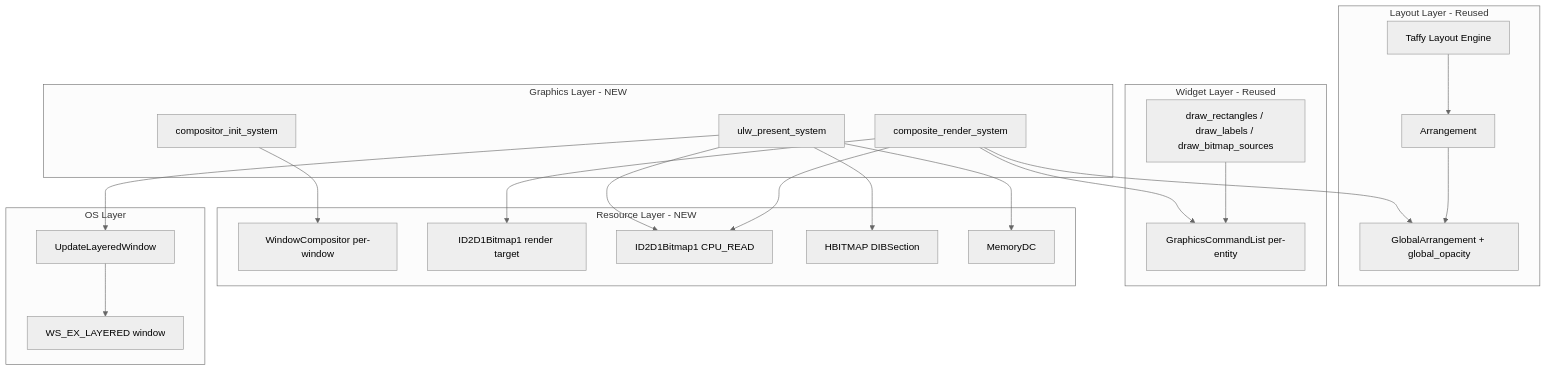
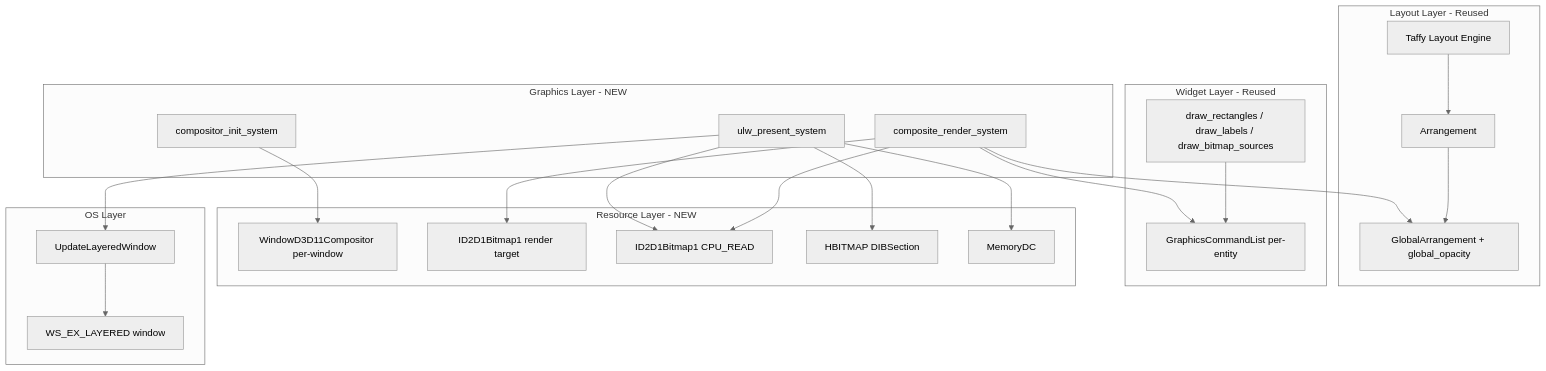
Before and after one commit to ekicyou/areka: the first of 6 diagrams in .kiro/specs/wintf-dcomp-to-layered-migration/design.md, drawn with Mermaid (neutral theme). The commit also changed other lines of this file and 1 other file, not shown here.

````diff
--- a/.kiro/specs/wintf-dcomp-to-layered-migration/design.md
+++ b/.kiro/specs/wintf-dcomp-to-layered-migration/design.md
@@ -63,47 +63,47 @@
 ```mermaid
 graph TB
     subgraph Layout Layer - Reused
         Arrangement[Arrangement]
         GlobalArrangement[GlobalArrangement + global_opacity]
         TaffyLayout[Taffy Layout Engine]
     end
 
     subgraph Widget Layer - Reused
         WidgetSystems[draw_rectangles / draw_labels / draw_bitmap_sources]
         GraphicsCommandList[GraphicsCommandList per-entity]
     end
 
     subgraph Graphics Layer - NEW
         CompositorInit[compositor_init_system]
         CompositeRender[composite_render_system]
         ULWPresent[ulw_present_system]
     end
 
     subgraph Resource Layer - NEW
-        WindowCompositor[WindowCompositor per-window]
+        WindowD3D11Compositor[WindowD3D11Compositor per-window]
         CompositionBitmap[ID2D1Bitmap1 render target]
         StagingBitmap[ID2D1Bitmap1 CPU_READ]
         HBITMAP_DIB[HBITMAP DIBSection]
         MemoryDC[MemoryDC]
     end
 
     subgraph OS Layer
         ULW[UpdateLayeredWindow]
         WS_EX_LAYERED[WS_EX_LAYERED window]
     end
 
     TaffyLayout --> Arrangement
     Arrangement --> GlobalArrangement
     WidgetSystems --> GraphicsCommandList
 
-    CompositorInit --> WindowCompositor
+    CompositorInit --> WindowD3D11Compositor
     CompositeRender --> GlobalArrangement
     CompositeRender --> GraphicsCommandList
     CompositeRender --> CompositionBitmap
     CompositeRender --> StagingBitmap
     ULWPresent --> StagingBitmap
     ULWPresent --> HBITMAP_DIB
     ULWPresent --> MemoryDC
     ULWPresent --> ULW
     ULW --> WS_EX_LAYERED
 ```
````
